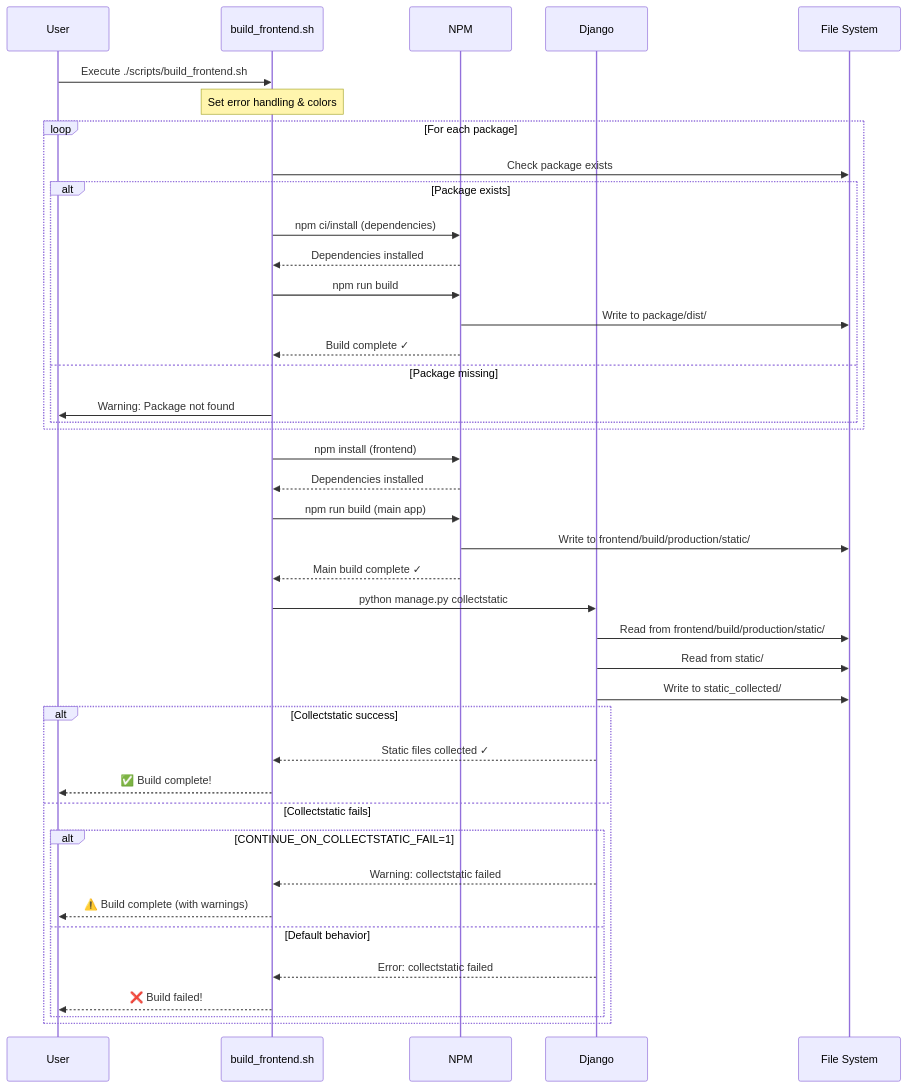
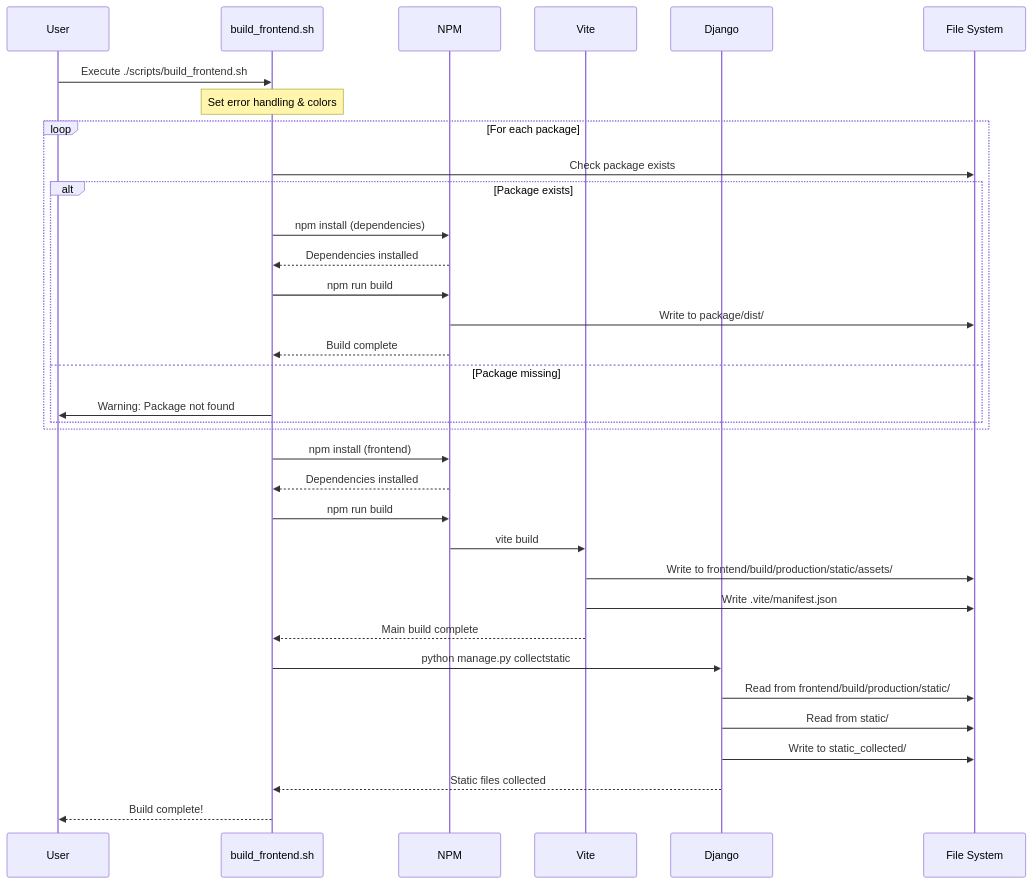
Before and after one commit to EngageMedia-video/cinematacms: the diagram in docs/technical/FRONTEND_WORKFLOW.md, drawn with Mermaid. The commit also changed other lines of this file and 353 other files, not shown here.

First line of the commit message:
feat(frontend): comprehensive frontend modernization (React 19, Vite, Tailwind bridge) (#439)

````diff
--- a/docs/technical/FRONTEND_WORKFLOW.md
+++ b/docs/technical/FRONTEND_WORKFLOW.md
@@ -82,50 +134,42 @@
 ```mermaid
 sequenceDiagram
     participant User
     participant BuildScript as build_frontend.sh
     participant NPM
+    participant Vite
     participant Django
     participant FS as File System
 
     User->>BuildScript: Execute ./scripts/build_frontend.sh
 
     Note over BuildScript: Set error handling & colors
 
     loop For each package
         BuildScript->>FS: Check package exists
         alt Package exists
-            BuildScript->>NPM: npm ci/install (dependencies)
+            BuildScript->>NPM: npm install (dependencies)
             NPM-->>BuildScript: Dependencies installed
             BuildScript->>NPM: npm run build
             NPM->>FS: Write to package/dist/
-            NPM-->>BuildScript: Build complete ✓
+            NPM-->>BuildScript: Build complete
         else Package missing
             BuildScript->>User: Warning: Package not found
         end
     end
 
     BuildScript->>NPM: npm install (frontend)
     NPM-->>BuildScript: Dependencies installed
 
-    BuildScript->>NPM: npm run build (main app)
-    NPM->>FS: Write to frontend/build/production/static/
-    NPM-->>BuildScript: Main build complete ✓
+    BuildScript->>NPM: npm run build
+    NPM->>Vite: vite build
+    Vite->>FS: Write to frontend/build/production/static/assets/
+    Vite->>FS: Write .vite/manifest.json
+    Vite-->>BuildScript: Main build complete
 
     BuildScript->>Django: python manage.py collectstatic
     Django->>FS: Read from frontend/build/production/static/
     Django->>FS: Read from static/
     Django->>FS: Write to static_collected/
-
-    alt Collectstatic success
-        Django-->>BuildScript: Static files collected ✓
-        BuildScript-->>User: ✅ Build complete!
-    else Collectstatic fails
-        alt CONTINUE_ON_COLLECTSTATIC_FAIL=1
-            Django-->>BuildScript: Warning: collectstatic failed
-            BuildScript-->>User: ⚠️ Build complete (with warnings)
-        else Default behavior
-            Django-->>BuildScript: Error: collectstatic failed
-            BuildScript-->>User: ❌ Build failed!
-        end
-    end
+    Django-->>BuildScript: Static files collected
+    BuildScript-->>User: Build complete!
 ```
````
